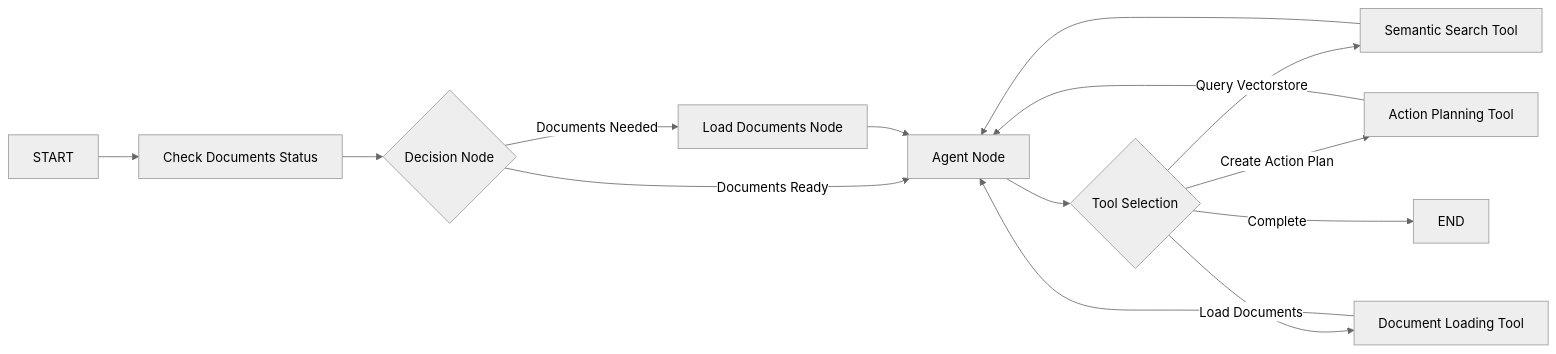
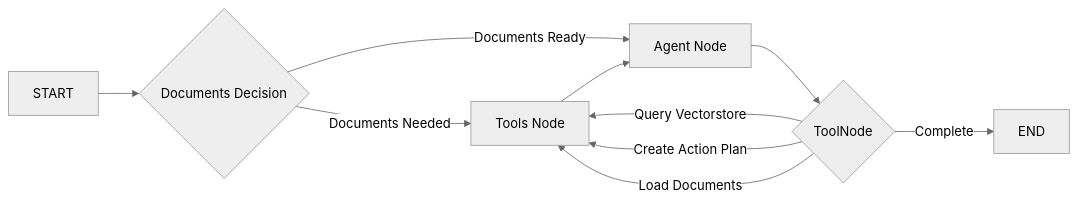
The diagram in README.md (kimnewzealand/langgraph-tutorial), drawn with Mermaid (neutral theme) before and after one commit. The commit also changed other lines of this file and 8 other files, not shown here.

````diff
--- a/README.md
+++ b/README.md
@@ -42,16 +36,12 @@
 ```mermaid
 graph LR
-    A[START] --> B[Check Documents Status]
-    B --> C{Decision Node}
-    C -->|Documents Needed| D[Load Documents Node]
-    C -->|Documents Ready| E[Agent Node]
-    D --> E
-    E --> F{Tool Selection}
-    F -->|Query Vectorstore| G[Semantic Search Tool]
-    F -->|Create Action Plan| H[Action Planning Tool]
-    F -->|Load Documents| I[Document Loading Tool]
-    F -->|Complete| J[END]
-    G --> E
-    H --> E
-    I --> E
+    A[START] --> B{Documents Decision}
+    B -->|Documents Needed| C[Tools Node]
+    B -->|Documents Ready| D[Agent Node]
+    C --> D
+    D --> E{ToolNode}
+    E -->|Query Vectorstore| C
+    E -->|Create Action Plan| C
+    E -->|Load Documents| C
+    E -->|Complete| F[END]
 ```
````
